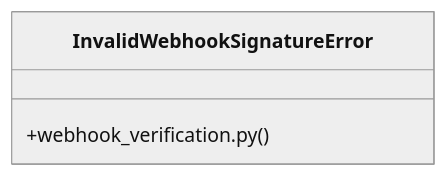
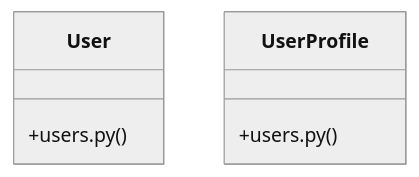
The diagram in graphify-out/wiki/[ModelView_&__has_permission()]_Cluster.md (adjanayo/synca_conf_back), drawn with Mermaid (neutral theme) before and after one commit. The commit also changed other lines of this file and 62 other files, not shown here.

Commit message:
docs: journal — GET /api/partner-levels + mise à jour graphe de code

````diff
--- a/graphify-out/wiki/[ModelView_&__has_permission()]_Cluster.md
+++ b/graphify-out/wiki/[ModelView_&__has_permission()]_Cluster.md
@@ -29,6 +36,9 @@
 ```mermaid
 classDiagram
-    class InvalidWebhookSignatureError {
-        +webhook_verification.py()
+    class User {
+        +users.py()
+    }
+    class UserProfile {
+        +users.py()
     }
 ```
````
